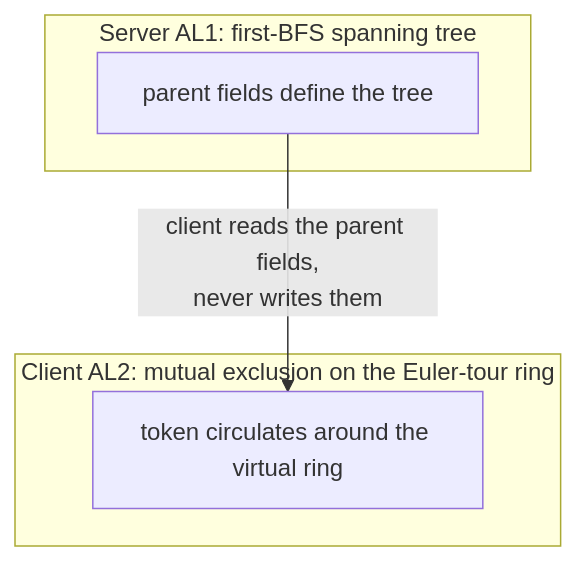
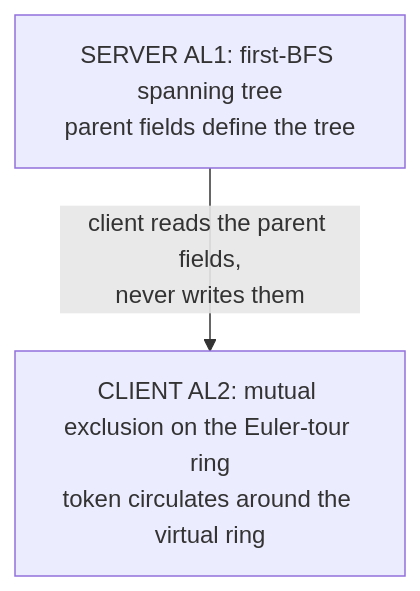
Diagram 25 of 27 in EDA387-Computer-Networks/09-Spanning-Tree-Construction.md (FahimMashroor/Chalmers_CSC), drawn with Mermaid before and after one commit. The commit also changed other lines of this file, not shown here.

Commit message:
Rewrite 09 Spanning Tree Construction in simple language with examples and diagrams

````diff
--- a/EDA387-Computer-Networks/09-Spanning-Tree-Construction.md
+++ b/EDA387-Computer-Networks/09-Spanning-Tree-Construction.md
@@ -543,10 +817,4 @@
 ```mermaid
 flowchart TB
-    subgraph Server["Server AL1: first-BFS spanning tree"]
-        T["parent fields define the tree"]
-    end
-    subgraph Client["Client AL2: mutual exclusion on the Euler-tour ring"]
-        M["token circulates around the virtual ring"]
-    end
-    T -- "client reads the parent fields,<br/>never writes them" --> M
+    T["SERVER AL1: first-BFS spanning tree<br/>parent fields define the tree"] -- "client reads the parent fields,<br/>never writes them" --> M["CLIENT AL2: mutual exclusion on the Euler-tour ring<br/>token circulates around the virtual ring"]
 ```
````
